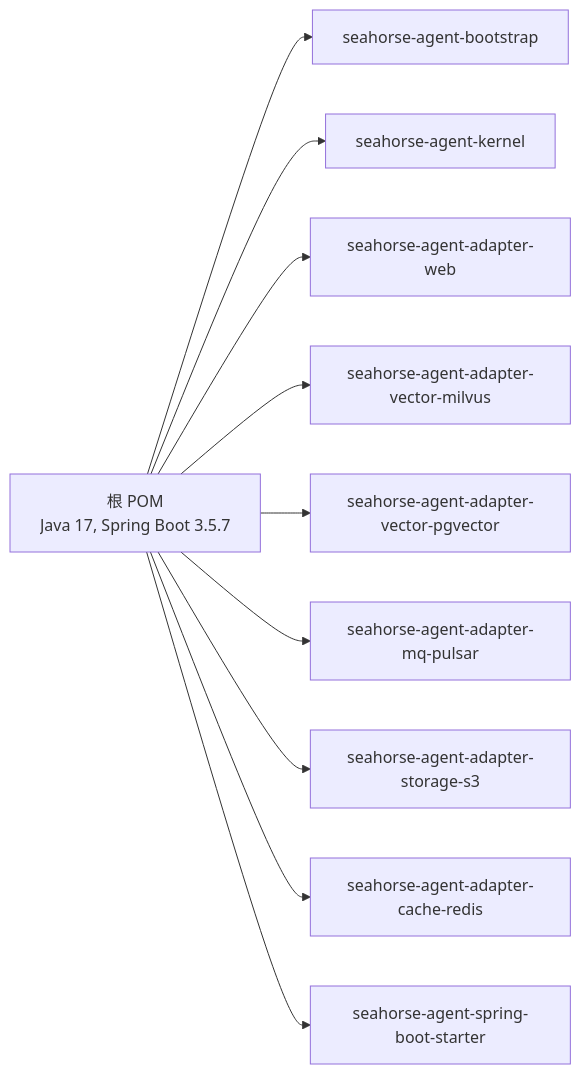
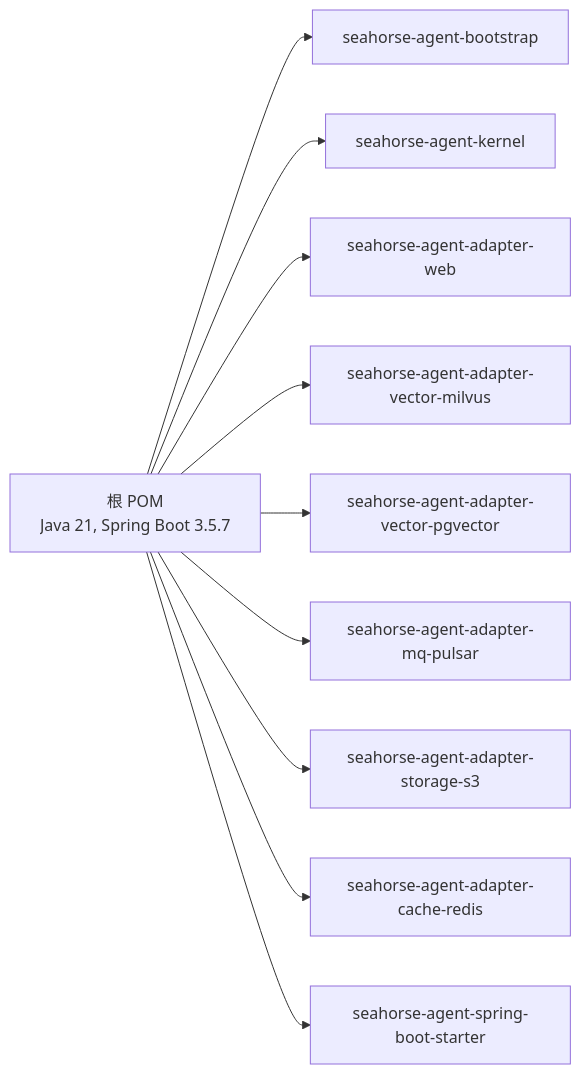
The eighth of 8 diagrams in docs/zh/content/快速开始.md (onceMisery/seahorse-agent), drawn with Mermaid before and after one commit. The commit also changed other lines of this file and 11 other files, not shown here.

````diff
--- a/docs/zh/content/快速开始.md
+++ b/docs/zh/content/快速开始.md
@@ -291,12 +291,12 @@
 ```mermaid
 graph LR
-Root["根 POM<br/>Java 17, Spring Boot 3.5.7"] --> Boot["seahorse-agent-bootstrap"]
+Root["根 POM<br/>Java 21, Spring Boot 3.5.7"] --> Boot["seahorse-agent-bootstrap"]
 Root --> Kernel["seahorse-agent-kernel"]
 Root --> Web["seahorse-agent-adapter-web"]
 Root --> Milvus["seahorse-agent-adapter-vector-milvus"]
 Root --> PgVec["seahorse-agent-adapter-vector-pgvector"]
 Root --> Pulsar["seahorse-agent-adapter-mq-pulsar"]
 Root --> S3["seahorse-agent-adapter-storage-s3"]
 Root --> Redis["seahorse-agent-adapter-cache-redis"]
 Root --> Starter["seahorse-agent-spring-boot-starter"]
 ```
````
